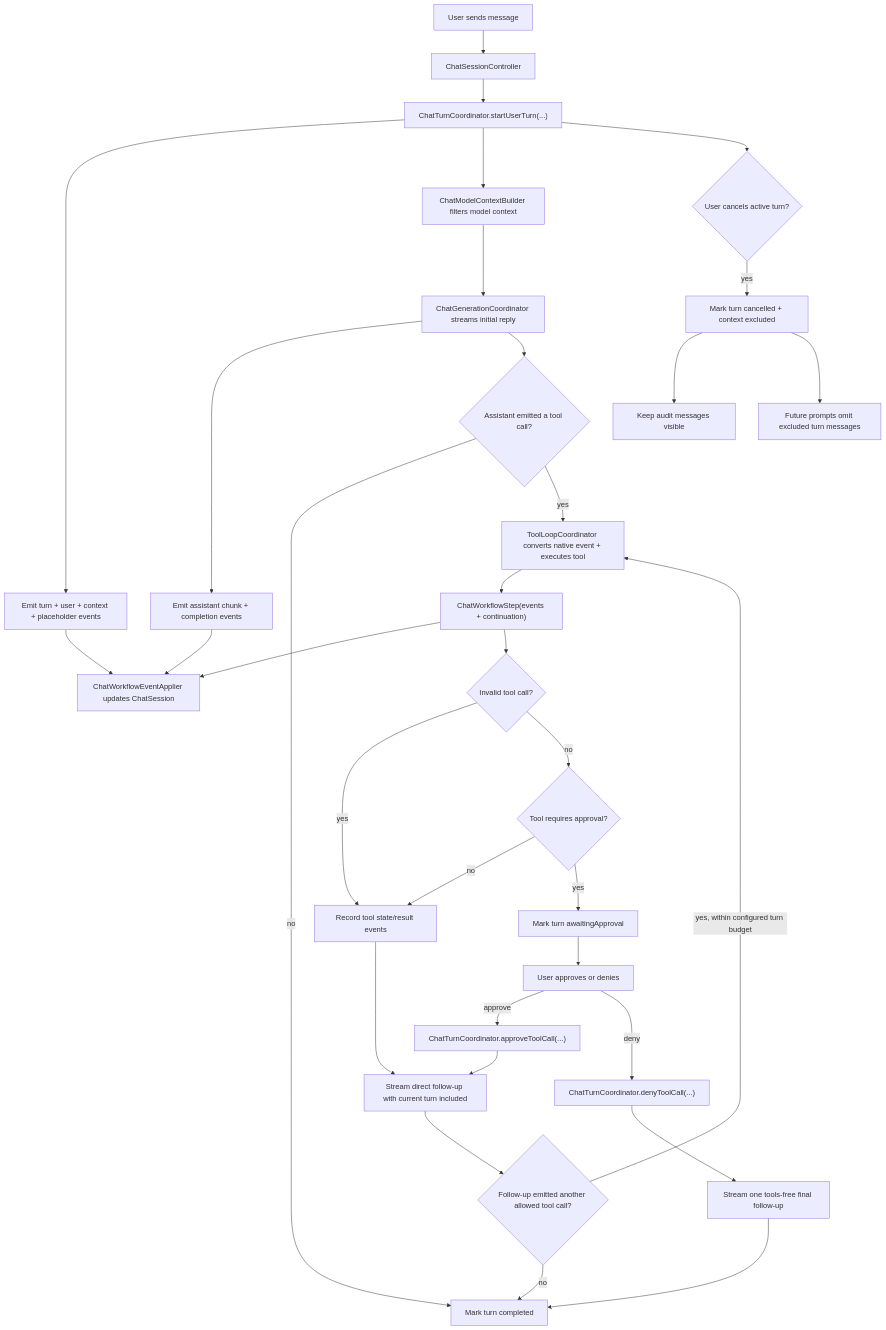
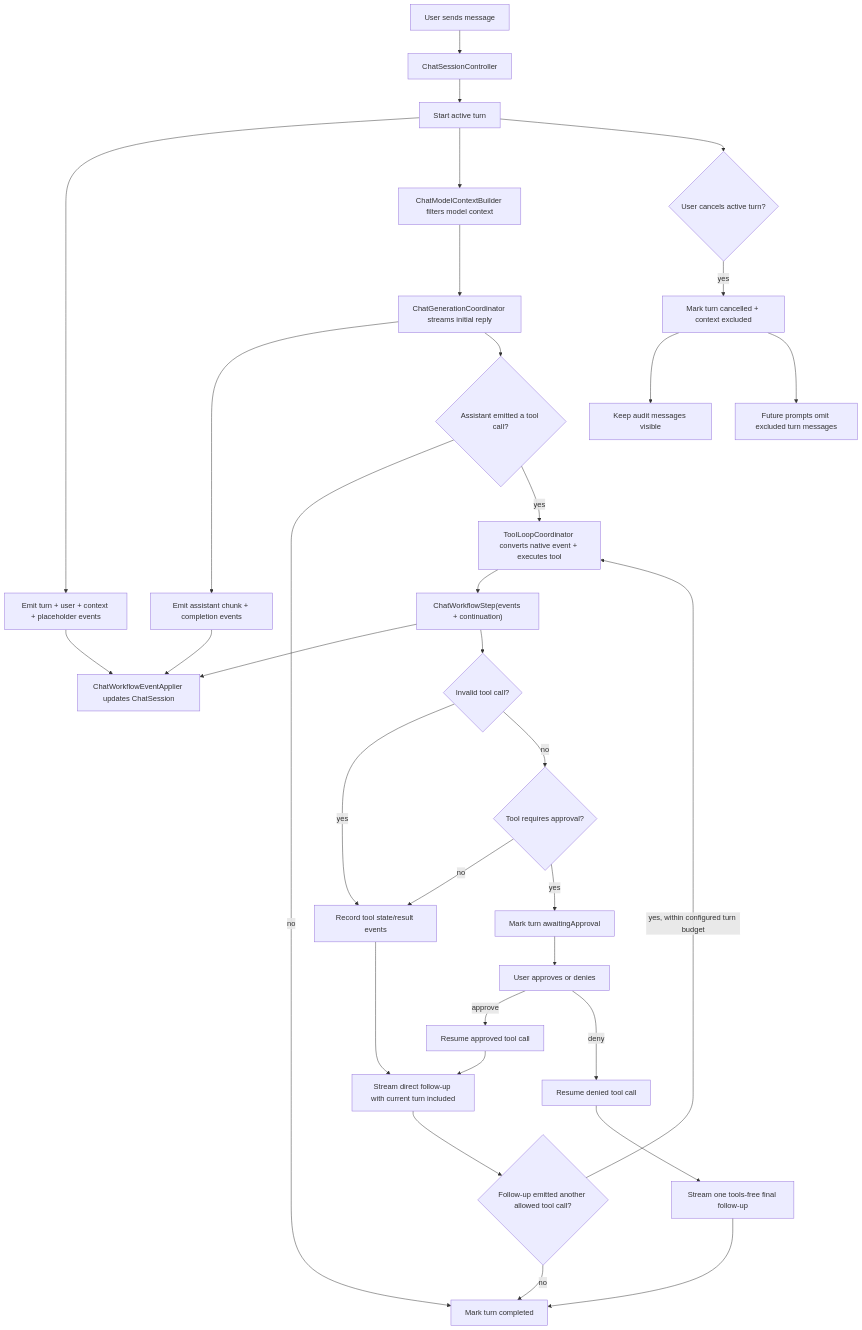
One commit to ngutech21/sumika-chat changed the diagram in docs/chat-runtime.md. Above: the diagram before and after it, drawn with Mermaid. The commit also changed other lines of this file and 9 other files, not shown here.

````diff
--- a/docs/chat-runtime.md
+++ b/docs/chat-runtime.md
@@ -10,35 +10,35 @@
 ```mermaid
 flowchart TD
   A["User sends message"] --> B["ChatSessionController"]
-  B --> C["ChatTurnCoordinator.startUserTurn(...)"]
+  B --> C["Start active turn"]
   C --> D["Emit turn + user + context + placeholder events"]
   D --> E["ChatWorkflowEventApplier updates ChatSession"]
   C --> F["ChatModelContextBuilder filters model context"]
   F --> G["ChatGenerationCoordinator streams initial reply"]
   G --> Y["Emit assistant chunk + completion events"]
   Y --> E
   G --> H{"Assistant emitted a tool call?"}
   H -- "no" --> I["Mark turn completed"]
   H -- "yes" --> J["ToolLoopCoordinator converts native event + executes tool"]
   J --> W["ChatWorkflowStep(events + continuation)"]
   W --> E
   W --> V{"Invalid tool call?"}
   V -- "yes" --> L
   V -- "no" --> K{"Tool requires approval?"}
   K -- "no" --> L["Record tool state/result events"]
   L --> Q["Stream direct follow-up with current turn included"]
   Q --> U{"Follow-up emitted another allowed tool call?"}
   U -- "yes, within configured turn budget" --> J
   U -- "no" --> I
   K -- "yes" --> R["Mark turn awaitingApproval"]
   R --> S["User approves or denies"]
-  S -- "approve" --> T["ChatTurnCoordinator.approveToolCall(...)"]
+  S -- "approve" --> T["Resume approved tool call"]
   T --> Q
-  S -- "deny" --> Z["ChatTurnCoordinator.denyToolCall(...)"]
+  S -- "deny" --> Z["Resume denied tool call"]
   Z --> ZF["Stream one tools-free final follow-up"]
   ZF --> I
   C --> M{"User cancels active turn?"}
   M -- "yes" --> N["Mark turn cancelled + context excluded"]
   N --> O["Keep audit messages visible"]
   N --> P["Future prompts omit excluded turn messages"]
 ```
````
